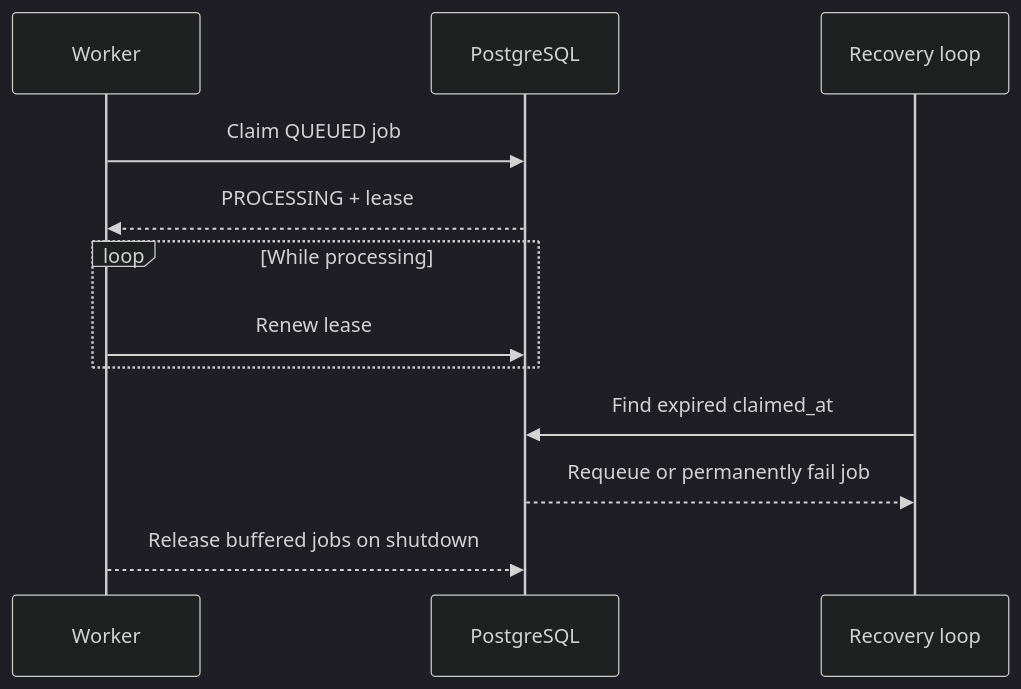
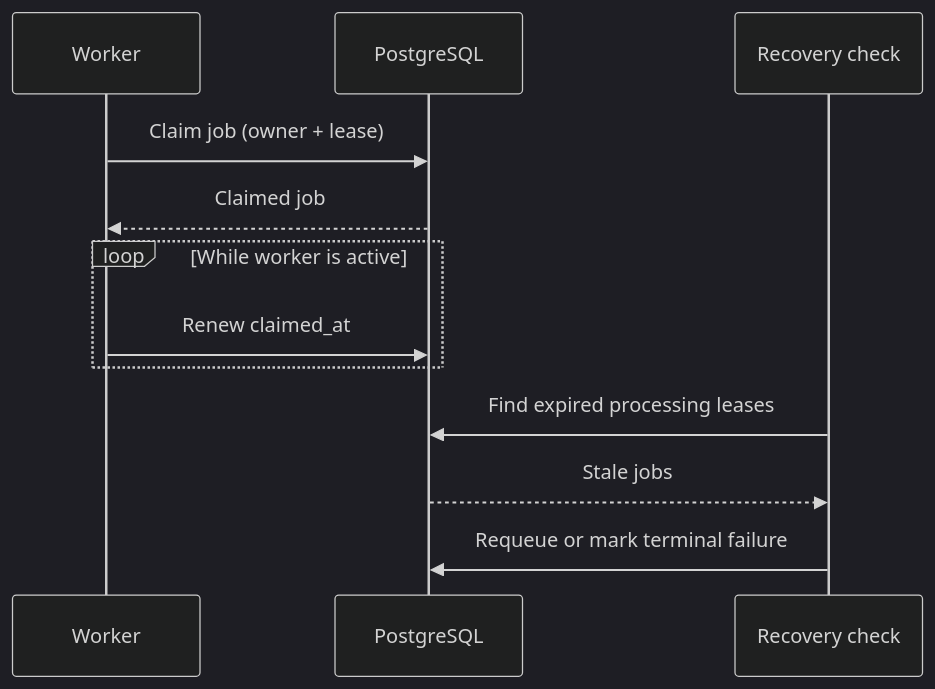
The fifth of 5 diagrams in README.md (guptakrish490/FlowForge), drawn with Mermaid (dark theme) before and after one commit. The commit also changed other lines of this file, not shown here.

````diff
--- a/README.md
+++ b/README.md
@@ -246,15 +228,15 @@
 ```mermaid
 sequenceDiagram
     participant W as Worker
     participant DB as PostgreSQL
-    participant R as Recovery loop
+    participant REC as Recovery check
 
-    W->>DB: Claim QUEUED job
-    DB-->>W: PROCESSING + lease
-    loop While processing
-        W->>DB: Renew lease
+    W->>DB: Claim job (owner + lease)
+    DB-->>W: Claimed job
+    loop While worker is active
+        W->>DB: Renew claimed_at
     end
-    R->>DB: Find expired claimed_at
-    DB-->>R: Requeue or permanently fail job
-    W-->>DB: Release buffered jobs on shutdown
+    REC->>DB: Find expired processing leases
+    DB-->>REC: Stale jobs
+    REC->>DB: Requeue or mark terminal failure
 ```
````
